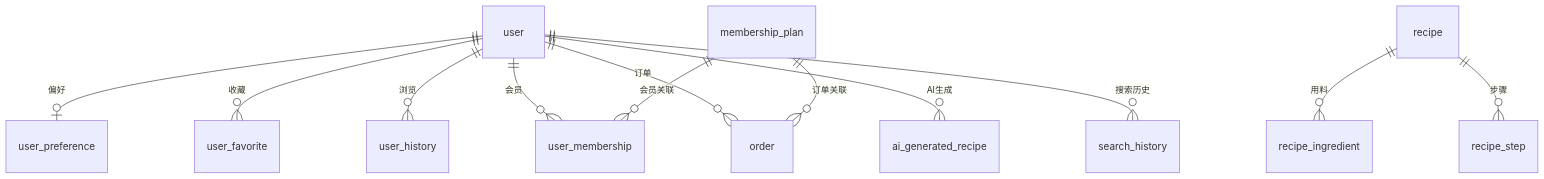
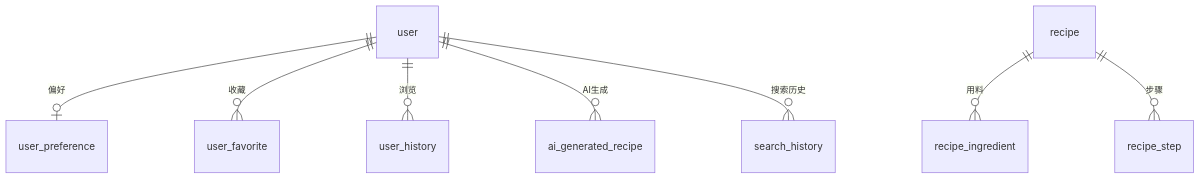
Before and after one commit to zch1125/Jtcsm: the diagram in docs/01_数据库设计.md, drawn with Mermaid. The commit also changed other lines of this file and 63 other files, not shown here.

````diff
--- a/docs/01_数据库设计.md
+++ b/docs/01_数据库设计.md
@@ -11,14 +11,10 @@
 ```mermaid
 erDiagram
     user ||--o| user_preference : "偏好"
     user ||--o{ user_favorite : "收藏"
     user ||--o{ user_history : "浏览"
-    user ||--o{ user_membership : "会员"
-    user ||--o{ order : "订单"
     user ||--o{ ai_generated_recipe : "AI生成"
     user ||--o{ search_history : "搜索历史"
     recipe ||--o{ recipe_ingredient : "用料"
     recipe ||--o{ recipe_step : "步骤"
-    membership_plan ||--o{ order : "订单关联"
-    membership_plan ||--o{ user_membership : "会员关联"
 ```
````
